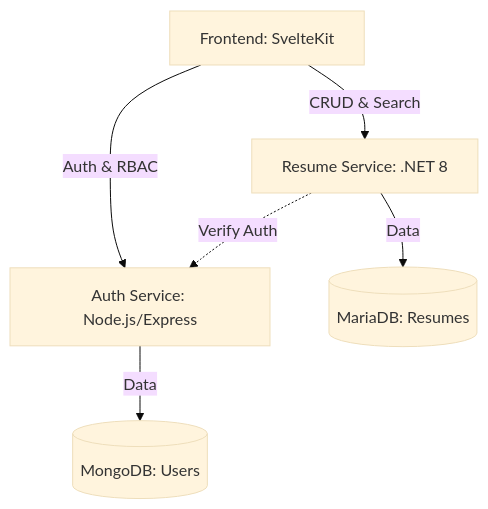
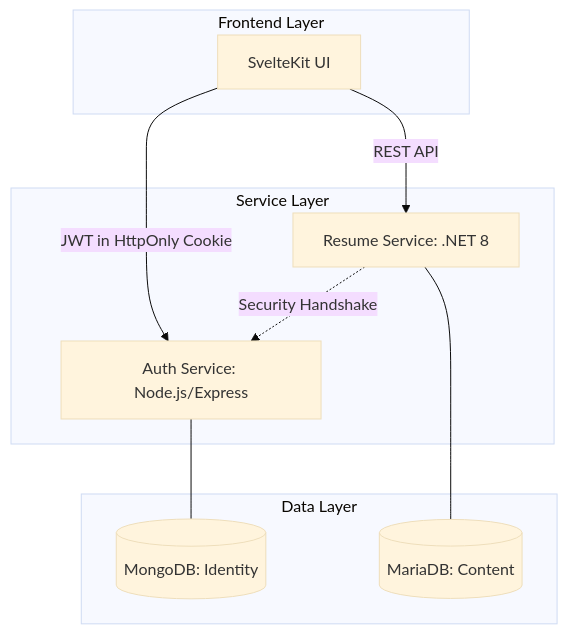
The diagram in README.md (Pabloidd/MyResume), drawn with Mermaid (base theme) before and after one commit. The commit also changed other lines of this file, not shown here.

````diff
--- a/README.md
+++ b/README.md
@@ -9,8 +11,22 @@
 ```mermaid
 graph TD
-    Client[Frontend: SvelteKit] -->|Auth & RBAC| AuthService[Auth Service: Node.js/Express]
-    Client -->|CRUD & Search| ResumeService[Resume Service: .NET 8]
-    AuthService -->|Data| MongoDB[(MongoDB: Users)]
-    ResumeService -->|Data| MariaDB[(MariaDB: Resumes)]
-    ResumeService -.->|Verify Auth| AuthService
+    subgraph "Frontend Layer"
+        Client[SvelteKit UI]
+    end
+
+    subgraph "Service Layer"
+        AuthSrv[Auth Service: Node.js/Express]
+        ResumeSrv[Resume Service: .NET 8]
+    end
+
+    subgraph "Data Layer"
+        MongoDB[(MongoDB: Identity)]
+        MariaDB[(MariaDB: Content)]
+    end
+
+    Client -->|JWT in HttpOnly Cookie| AuthSrv
+    Client -->|REST API| ResumeSrv
+    AuthSrv --- MongoDB
+    ResumeSrv --- MariaDB
+    ResumeSrv -.->|Security Handshake| AuthSrv
 ```
````
